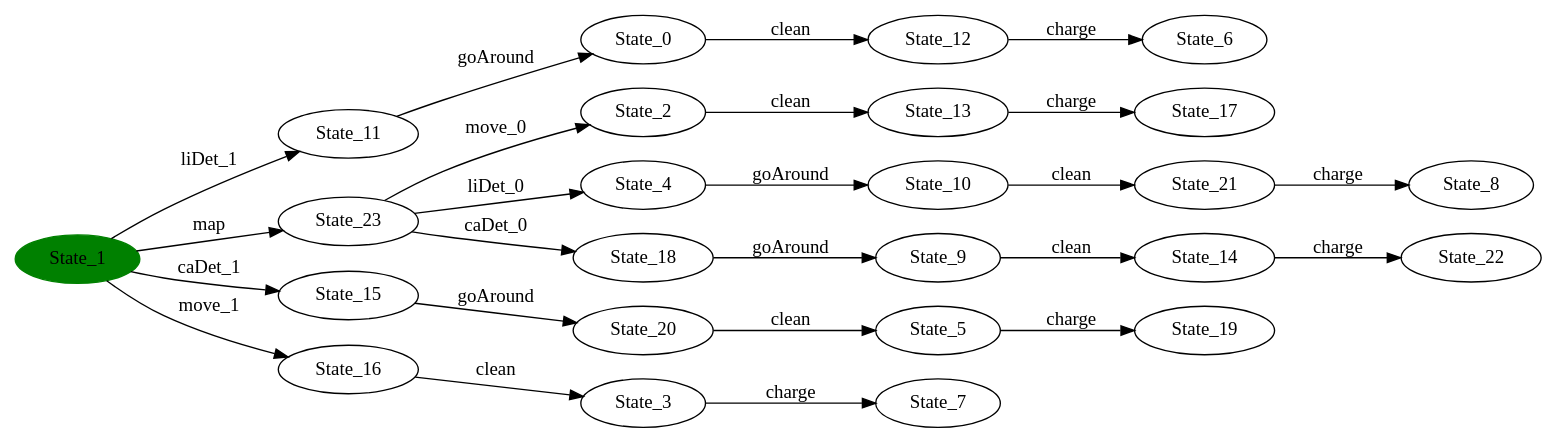
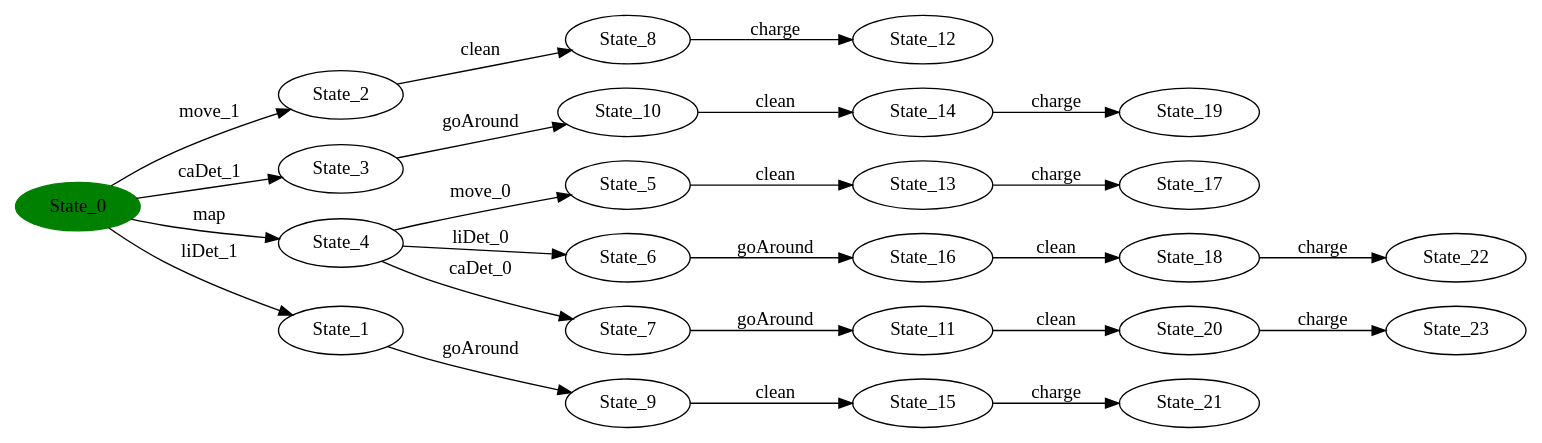
The diagram in src/main/resources/ts/dot/new-linear.dot (sfortz/BehavioralFeatureModel), drawn with Graphviz before and after one commit. The commit also changed 6 other files, not shown here.

```diff
--- a/src/main/resources/ts/dot/new-linear.dot
+++ b/src/main/resources/ts/dot/new-linear.dot
@@ -1,50 +1,50 @@
 digraph G {
 rankdir=LR;
-state0[ label = "State_1", style=filled, color=green ];
+state0[ label = "State_0", style=filled, color=green ];
 state1 [ label = "State_2" ];
 state1 -> state2 [ label=" clean " ];
 state3 [ label = "State_20" ];
-state3 -> state4 [ label=" clean " ];
+state3 -> state4 [ label=" charge " ];
 state5 [ label = "State_3" ];
-state5 -> state6 [ label=" charge " ];
-state7 [ label = "State_10" ];
-state7 -> state8 [ label=" clean " ];
+state5 -> state6 [ label=" goAround " ];
+state6 [ label = "State_10" ];
+state6 -> state7 [ label=" clean " ];
 state8 [ label = "State_21" ];
-state8 -> state9 [ label=" charge " ];
-state10 [ label = "State_4" ];
-state10 -> state7 [ label=" goAround " ];
-state11 [ label = "State_11" ];
-state11 -> state12 [ label=" goAround " ];
-state13 [ label = "State_22" ];
-state4 [ label = "State_5" ];
-state4 -> state14 [ label=" charge " ];
-state15 [ label = "State_12" ];
-state15 -> state16 [ label=" charge " ];
-state17 [ label = "State_23" ];
-state17 -> state1 [ label=" move_0 " ];
-state17 -> state10 [ label=" liDet_0 " ];
-state17 -> state18 [ label=" caDet_0 " ];
-state12 [ label = "State_0" ];
-state12 -> state15 [ label=" clean " ];
-state0 -> state11 [ label=" liDet_1 " ];
-state0 -> state19 [ label=" caDet_1 " ];
-state0 -> state20 [ label=" move_1 " ];
-state0 -> state17 [ label=" map " ];
-state16 [ label = "State_6" ];
-state6 [ label = "State_7" ];
-state9 [ label = "State_8" ];
-state21 [ label = "State_9" ];
-state21 -> state22 [ label=" clean " ];
-state23 [ label = "State_17" ];
-state18 [ label = "State_18" ];
-state18 -> state21 [ label=" goAround " ];
-state14 [ label = "State_19" ];
-state2 [ label = "State_13" ];
-state2 -> state23 [ label=" charge " ];
-state22 [ label = "State_14" ];
-state22 -> state13 [ label=" charge " ];
-state19 [ label = "State_15" ];
-state19 -> state3 [ label=" goAround " ];
-state20 [ label = "State_16" ];
-state20 -> state5 [ label=" clean " ];
+state9 [ label = "State_4" ];
+state9 -> state10 [ label=" move_0 " ];
+state9 -> state11 [ label=" liDet_0 " ];
+state9 -> state12 [ label=" caDet_0 " ];
+state13 [ label = "State_11" ];
+state13 -> state3 [ label=" clean " ];
+state14 [ label = "State_22" ];
+state10 [ label = "State_5" ];
+state10 -> state15 [ label=" clean " ];
+state16 [ label = "State_12" ];
+state4 [ label = "State_23" ];
+state0 -> state17 [ label=" liDet_1 " ];
+state0 -> state1 [ label=" move_1 " ];
+state0 -> state5 [ label=" caDet_1 " ];
+state0 -> state9 [ label=" map " ];
+state17 [ label = "State_1" ];
+state17 -> state18 [ label=" goAround " ];
+state11 [ label = "State_6" ];
+state11 -> state19 [ label=" goAround " ];
+state12 [ label = "State_7" ];
+state12 -> state13 [ label=" goAround " ];
+state2 [ label = "State_8" ];
+state2 -> state16 [ label=" charge " ];
+state18 [ label = "State_9" ];
+state18 -> state20 [ label=" clean " ];
+state21 [ label = "State_17" ];
+state22 [ label = "State_18" ];
+state22 -> state14 [ label=" charge " ];
+state23 [ label = "State_19" ];
+state15 [ label = "State_13" ];
+state15 -> state21 [ label=" charge " ];
+state7 [ label = "State_14" ];
+state7 -> state23 [ label=" charge " ];
+state20 [ label = "State_15" ];
+state20 -> state8 [ label=" charge " ];
+state19 [ label = "State_16" ];
+state19 -> state22 [ label=" clean " ];
 }
```
